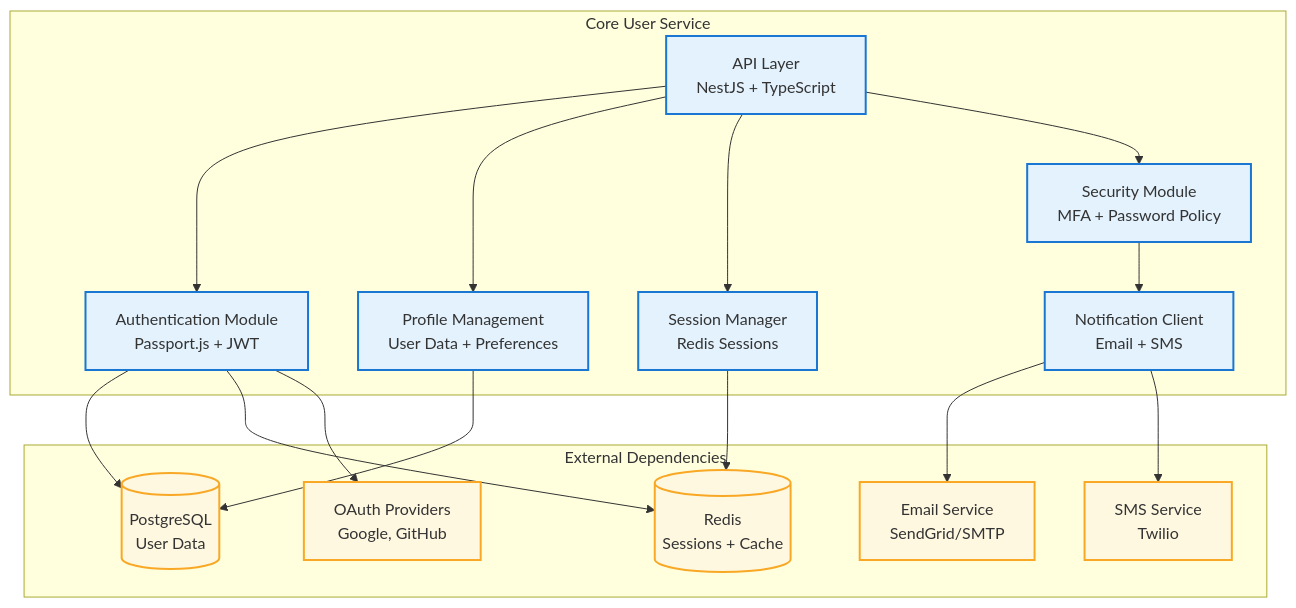
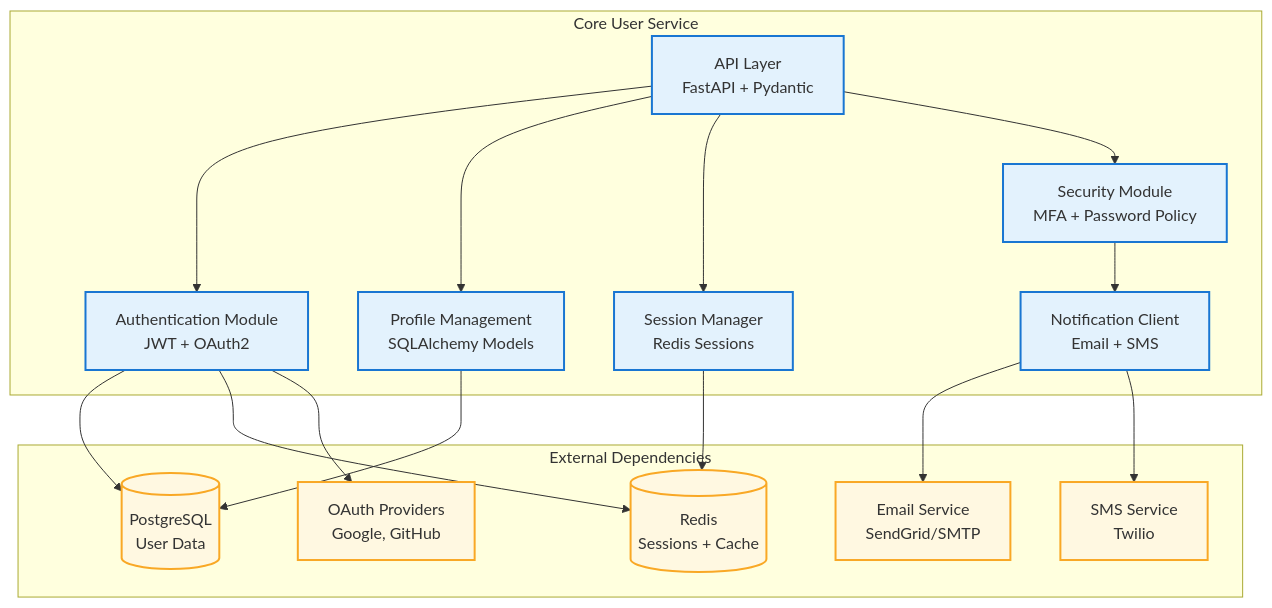
One commit to VisioBook-ESP/docs-architecture changed the first of 4 diagrams in docs/api/core-user-service.md. Above: the diagram before and after it, drawn with Mermaid. The commit also changed other lines of this file and 6 other files, not shown here.

````diff
--- a/docs/api/core-user-service.md
+++ b/docs/api/core-user-service.md
@@ -23,38 +23,38 @@
 ```mermaid
 graph TB
     subgraph "Core User Service"
-        API[API Layer<br/>NestJS + TypeScript]
-        AUTH[Authentication Module<br/>Passport.js + JWT]
-        PROFILE[Profile Management<br/>User Data + Preferences]
+        API[API Layer<br/>FastAPI + Pydantic]
+        AUTH[Authentication Module<br/>JWT + OAuth2]
+        PROFILE[Profile Management<br/>SQLAlchemy Models]
         SESSION[Session Manager<br/>Redis Sessions]
         SECURITY[Security Module<br/>MFA + Password Policy]
         NOTIFICATION[Notification Client<br/>Email + SMS]
     end
 
     subgraph "External Dependencies"
         DB[(PostgreSQL<br/>User Data)]
         REDIS[(Redis<br/>Sessions + Cache)]
         EMAIL[Email Service<br/>SendGrid/SMTP]
         SMS[SMS Service<br/>Twilio]
         OAUTH[OAuth Providers<br/>Google, GitHub]
     end
 
     API --> AUTH
     API --> PROFILE
     API --> SESSION
     API --> SECURITY
     AUTH --> DB
     AUTH --> REDIS
     SESSION --> REDIS
     PROFILE --> DB
     SECURITY --> NOTIFICATION
     NOTIFICATION --> EMAIL
     NOTIFICATION --> SMS
     AUTH --> OAUTH
 
     classDef service fill:#e3f2fd,stroke:#1976d2,stroke-width:2px
     classDef external fill:#fff8e1,stroke:#f9a825,stroke-width:2px
 
     class API,AUTH,PROFILE,SESSION,SECURITY,NOTIFICATION service
     class DB,REDIS,EMAIL,SMS,OAUTH external
 ```
````
